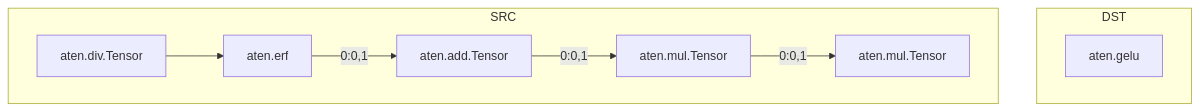
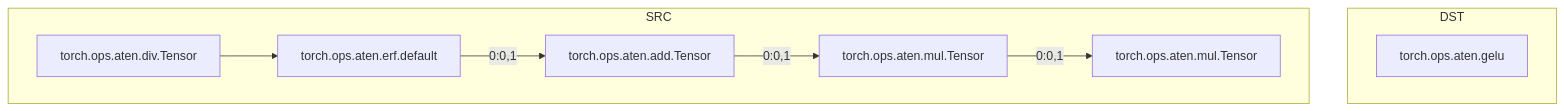
One commit to mingfa-w/xpu_graph changed the diagram in xpu_graph/passes/patterns/common/gelu.md. Above: the diagram before and after it, drawn with Mermaid. The commit also changed 11 other files, not shown here.

````diff
--- a/xpu_graph/passes/patterns/common/gelu.md
+++ b/xpu_graph/passes/patterns/common/gelu.md
@@ -2,12 +2,12 @@
 ```mermaid
 graph TD
 subgraph DST
-    gelu[aten.gelu]
+    gelu[torch.ops.aten.gelu]
 end
 subgraph SRC
-    div[aten.div.Tensor] --> erf[aten.erf]
-    erf --> |0:0,1| add[aten.add.Tensor]
-    add --> |0:0,1| mul[aten.mul.Tensor]
-    mul --> |0:0,1| mul2[aten.mul.Tensor]
+    div[torch.ops.aten.div.Tensor] --> erf[torch.ops.aten.erf.default]
+    erf --> |0:0,1| add[torch.ops.aten.add.Tensor]
+    add --> |0:0,1| mul[torch.ops.aten.mul.Tensor]
+    mul --> |0:0,1| mul2[torch.ops.aten.mul.Tensor]
 end
 ```
````
